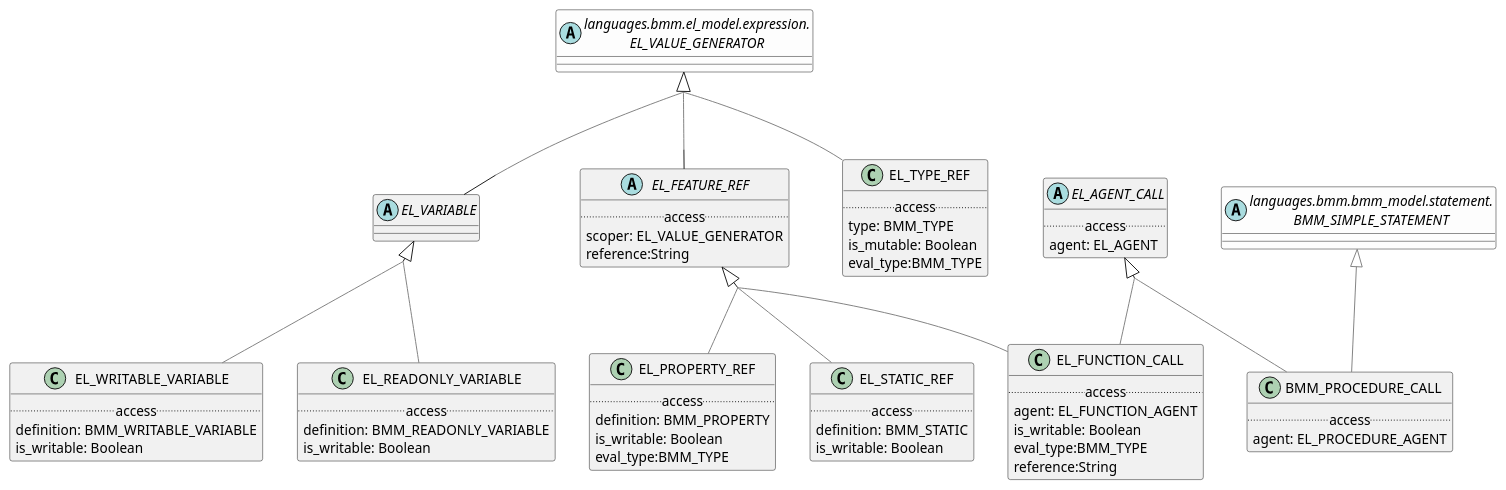
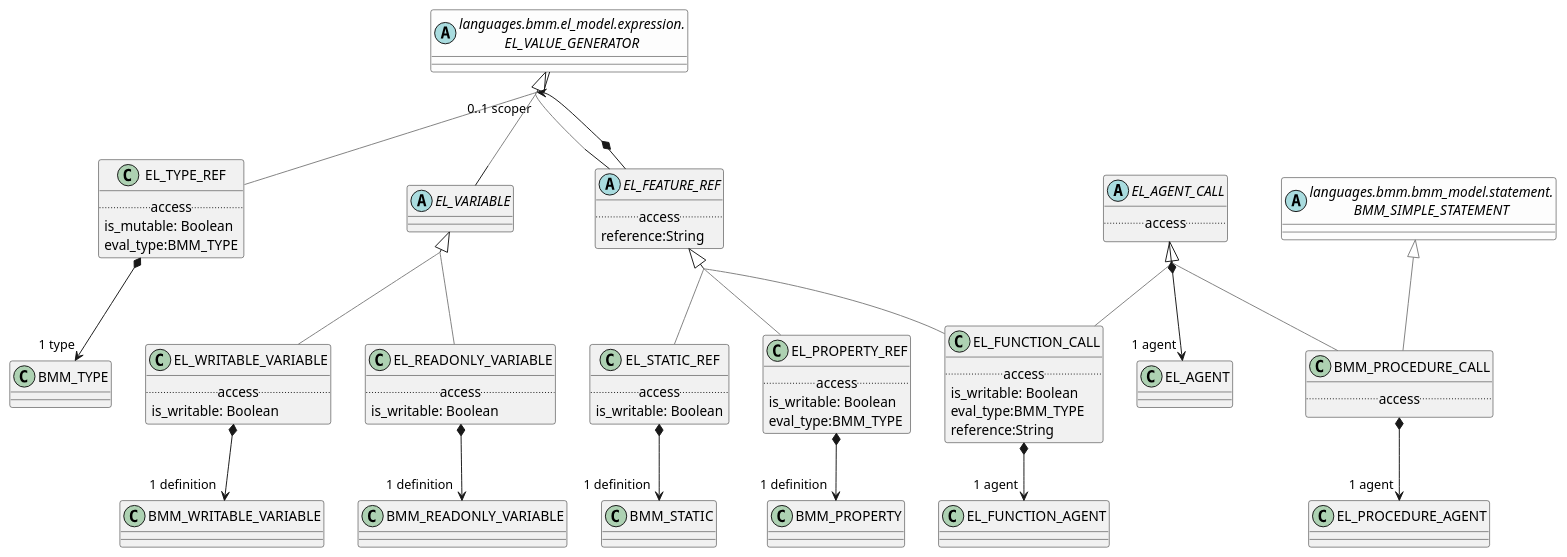
Before and after one commit to wolandscat/openehr-doc: the diagram in modules/ROOT/examples/bmm/languages/bmm/el_model/reference/reference-package-uml.adoc, drawn with PlantUML. The commit also changed 30 other files, not shown here.

```diff
--- a/modules/ROOT/examples/bmm/languages/bmm/el_model/reference/reference-package-uml.adoc
+++ b/modules/ROOT/examples/bmm/languages/bmm/el_model/reference/reference-package-uml.adoc
@@ -8,7 +8,6 @@
 
 class EL_PROPERTY_REF [[/openehr-doc/latest/languages/bmm-gen.html#_class_el_property_ref]] {
         .. access ..
-        definition: BMM_PROPERTY
         is_writable: Boolean
         eval_type:BMM_TYPE
 }
@@ -16,9 +15,10 @@
 EL_PROPERTY_REF -[#gray]up-|> EL_FEATURE_REF  
 
 
+EL_PROPERTY_REF *--> "1 definition" BMM_PROPERTY
+
 class EL_TYPE_REF [[/openehr-doc/latest/languages/bmm-gen.html#_class_el_type_ref]] {
         .. access ..
-        type: BMM_TYPE
         is_mutable: Boolean
         eval_type:BMM_TYPE
 }
@@ -26,18 +26,20 @@
 EL_TYPE_REF -[#gray]up-|> EL_VALUE_GENERATOR  
 
 
+EL_TYPE_REF *--> "1 type" BMM_TYPE
+
 abstract class EL_FEATURE_REF [[/openehr-doc/latest/languages/bmm-gen.html#_class_el_feature_ref]] {
         .. access ..
-        scoper: EL_VALUE_GENERATOR
         reference:String
 }
 
 EL_FEATURE_REF -[#gray]up-|> EL_VALUE_GENERATOR  
 
 
+EL_FEATURE_REF *--> "0..1 scoper" EL_VALUE_GENERATOR
+
 class EL_FUNCTION_CALL [[/openehr-doc/latest/languages/bmm-gen.html#_class_el_function_call]] {
         .. access ..
-        agent: EL_FUNCTION_AGENT
         is_writable: Boolean
         eval_type:BMM_TYPE
         reference:String
@@ -49,33 +51,37 @@
 EL_FUNCTION_CALL -[#gray]up-|> EL_AGENT_CALL  
 
 
+EL_FUNCTION_CALL *--> "1 agent" EL_FUNCTION_AGENT
+
 class EL_STATIC_REF [[/openehr-doc/latest/languages/bmm-gen.html#_class_el_static_ref]] {
         .. access ..
-        definition: BMM_STATIC
         is_writable: Boolean
 }
 
 EL_STATIC_REF -[#gray]up-|> EL_FEATURE_REF  
 
 
+EL_STATIC_REF *--> "1 definition" BMM_STATIC
+
 abstract class EL_AGENT_CALL [[/openehr-doc/latest/languages/bmm-gen.html#_class_el_agent_call]] {
         .. access ..
-        agent: EL_AGENT
 }
 
 
+EL_AGENT_CALL *--> "1 agent" EL_AGENT
+
 class EL_WRITABLE_VARIABLE [[/openehr-doc/latest/languages/bmm-gen.html#_class_el_writable_variable]] {
         .. access ..
-        definition: BMM_WRITABLE_VARIABLE
         is_writable: Boolean
 }
 
 EL_WRITABLE_VARIABLE -[#gray]up-|> EL_VARIABLE  
 
 
+EL_WRITABLE_VARIABLE *--> "1 definition" BMM_WRITABLE_VARIABLE
+
 class BMM_PROCEDURE_CALL [[/openehr-doc/latest/languages/bmm-gen.html#_class_bmm_procedure_call]] {
         .. access ..
-        agent: EL_PROCEDURE_AGENT
 }
 
 BMM_PROCEDURE_CALL -[#gray]up-|> EL_AGENT_CALL  
@@ -83,6 +89,8 @@
 
 BMM_PROCEDURE_CALL -[#gray]up-|> BMM_SIMPLE_STATEMENT  
 
+
+BMM_PROCEDURE_CALL *--> "1 agent" EL_PROCEDURE_AGENT
 
 abstract class EL_VARIABLE [[/openehr-doc/latest/languages/bmm-gen.html#_class_el_variable]] {
 }
@@ -92,12 +100,13 @@
 
 class EL_READONLY_VARIABLE [[/openehr-doc/latest/languages/bmm-gen.html#_class_el_readonly_variable]] {
         .. access ..
-        definition: BMM_READONLY_VARIABLE
         is_writable: Boolean
 }
 
 EL_READONLY_VARIABLE -[#gray]up-|> EL_VARIABLE  
 
+
+EL_READONLY_VARIABLE *--> "1 definition" BMM_READONLY_VARIABLE
 abstract class "languages.bmm.el_model.expression.\nEL_VALUE_GENERATOR" as EL_VALUE_GENERATOR  [[/openehr-doc/latest/languages/bmm-gen.html#_class_el_value_generator]] #FDFDFD {
 }
 abstract class "languages.bmm.bmm_model.statement.\nBMM_SIMPLE_STATEMENT" as BMM_SIMPLE_STATEMENT  [[/openehr-doc/latest/languages/bmm-gen.html#_class_bmm_simple_statement]] #FDFDFD {
```
